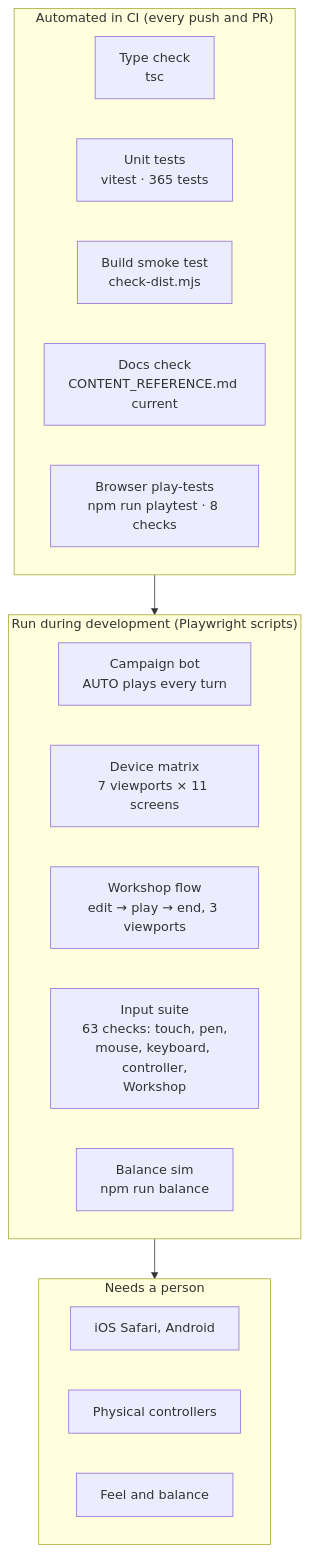
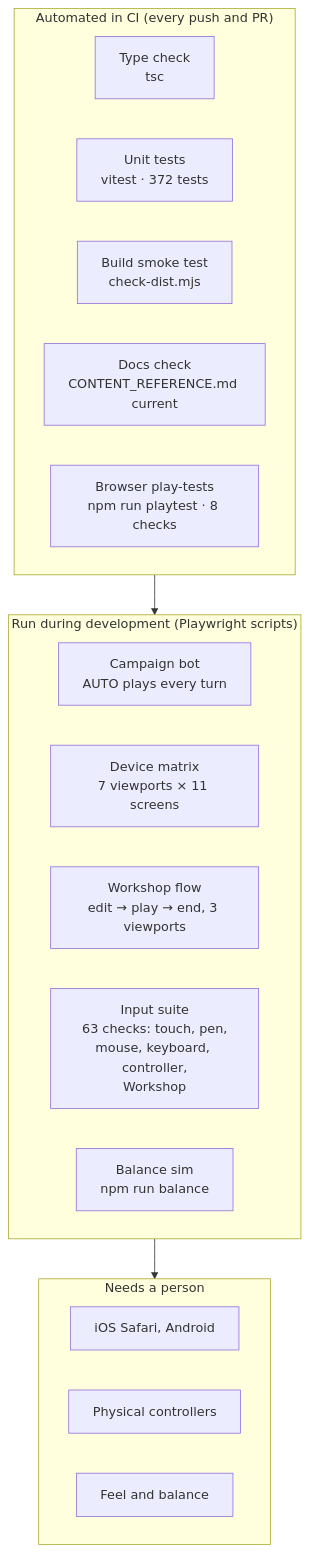
One commit to CptNope/Chess-RPG-Tactics changed the diagram in docs/TESTING.md. Above: the diagram before and after it, drawn with Mermaid. The commit also changed other lines of this file and 30 other files, not shown here.

````diff
--- a/docs/TESTING.md
+++ b/docs/TESTING.md
@@ -9,23 +9,23 @@
 ```mermaid
 flowchart TB
     subgraph Auto["Automated in CI (every push and PR)"]
         T1["Type check<br/>tsc"]
-        T2["Unit tests<br/>vitest · 365 tests"]
+        T2["Unit tests<br/>vitest · 372 tests"]
         T3["Build smoke test<br/>check-dist.mjs"]
         T4["Docs check<br/>CONTENT_REFERENCE.md current"]
         T5["Browser play-tests<br/>npm run playtest · 8 checks"]
     end
     subgraph Dev["Run during development (Playwright scripts)"]
         P1["Campaign bot<br/>AUTO plays every turn"]
         P2["Device matrix<br/>7 viewports × 11 screens"]
         P4["Workshop flow<br/>edit → play → end, 3 viewports"]
         P3["Input suite<br/>63 checks: touch, pen,<br/>mouse, keyboard, controller,<br/>Workshop"]
         P5["Balance sim<br/>npm run balance"]
     end
     subgraph Human["Needs a person"]
         H1["iOS Safari, Android"]
         H2["Physical controllers"]
         H3["Feel and balance"]
     end
     Auto --> Dev --> Human
 ```
````
